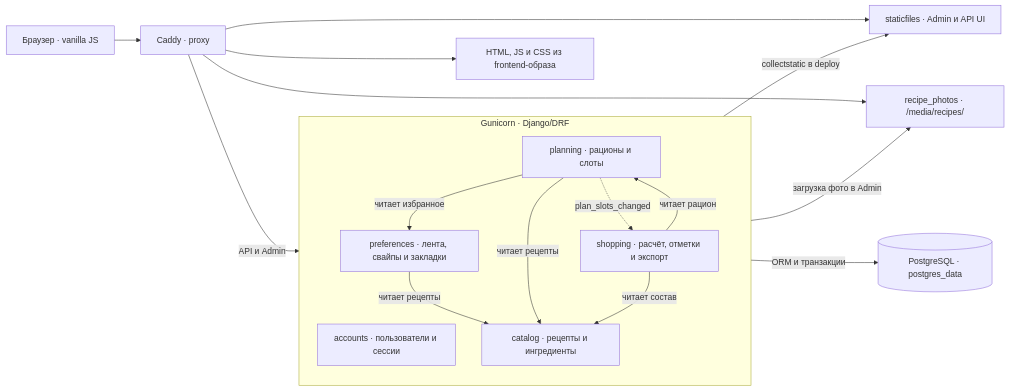
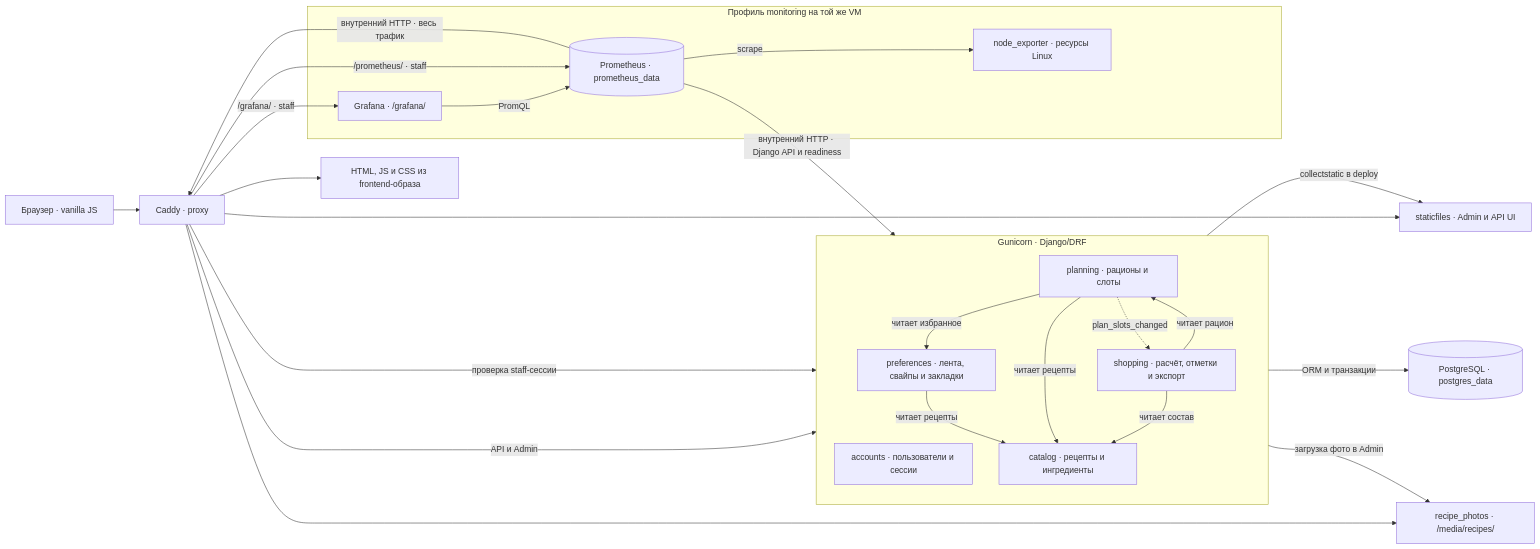
Before and after one commit to DeV0id13/food_tinder: the first of 2 diagrams in docs/architecture.md, drawn with Mermaid. The commit also changed 58 other files, not shown here.

````diff
--- a/docs/architecture.md
+++ b/docs/architecture.md
@@ -8,24 +8,36 @@
 ```mermaid
 flowchart LR
     browser["Браузер · vanilla JS"] --> caddy["Caddy · proxy"]
     caddy --> spa["HTML, JS и CSS из frontend-образа"]
     caddy --> static["staticfiles · Admin и API UI"]
     caddy --> media["recipe_photos · /media/recipes/"]
     caddy -->|"API и Admin"| django
     subgraph django["Gunicorn · Django/DRF"]
         accounts["accounts · пользователи и сессии"]
         catalog["catalog · рецепты и ингредиенты"]
         preferences["preferences · лента, свайпы и закладки"]
         planning["planning · рационы и слоты"]
         shopping["shopping · расчёт, отметки и экспорт"]
         preferences -->|"читает рецепты"| catalog
         planning -->|"читает избранное"| preferences
         planning -->|"читает рецепты"| catalog
         shopping -->|"читает рацион"| planning
         shopping -->|"читает состав"| catalog
         planning -.->|"plan_slots_changed"| shopping
     end
     django -->|"ORM и транзакции"| postgres[("PostgreSQL · postgres_data")]
     django -->|"collectstatic в deploy"| static
     django -->|"загрузка фото в Admin"| media
+    subgraph monitoring["Профиль monitoring на той же VM"]
+        node["node_exporter · ресурсы Linux"]
+        prom[("Prometheus · prometheus_data")]
+        graf["Grafana · /grafana/"]
+        prom -->|"scrape"| node
+        graf -->|"PromQL"| prom
+    end
+    caddy -->|"/grafana/ · staff"| graf
+    caddy -->|"/prometheus/ · staff"| prom
+    caddy -->|"проверка staff-сессии"| django
+    prom -->|"внутренний HTTP · весь трафик"| caddy
+    prom -->|"внутренний HTTP · Django API и readiness"| django
 ```
````
